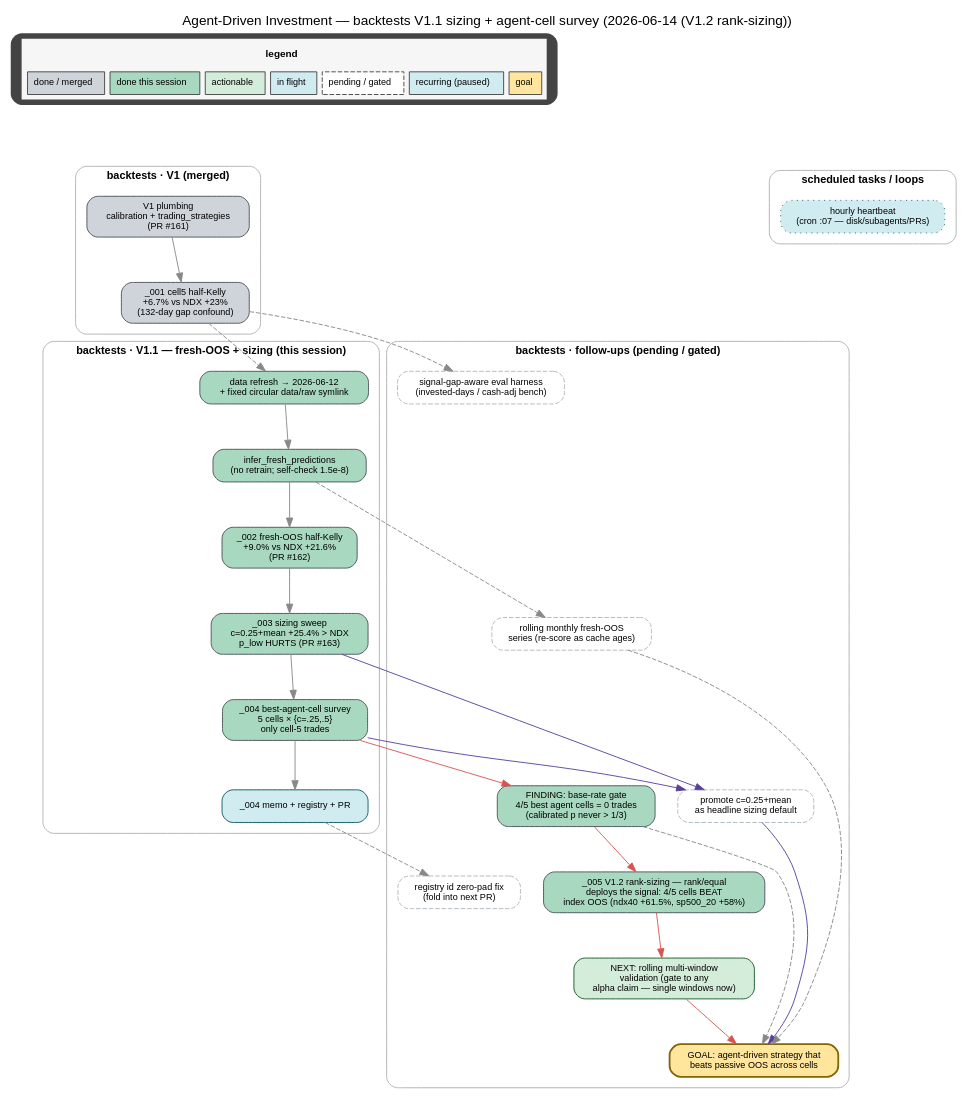
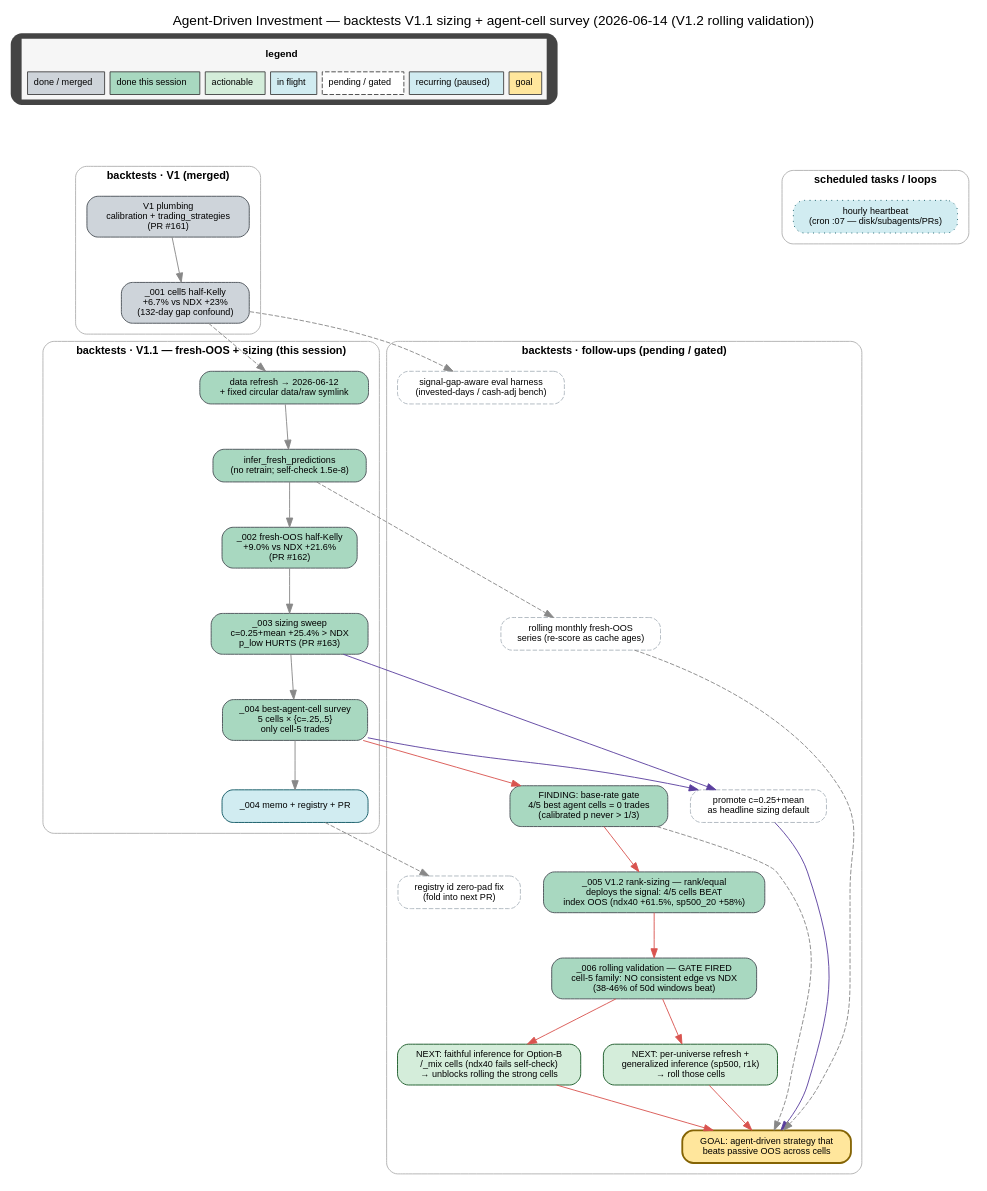
The diagram in docs/backtests/figs/deps_graph.dot (shayanrc/agent-driven-investment), drawn with Graphviz before and after one commit. The commit also changed 13 other files, not shown here.

First line of the commit message:
backtests: rolling multi-window validation — the gate fires (_006)

```diff
--- a/docs/backtests/figs/deps_graph.dot
+++ b/docs/backtests/figs/deps_graph.dot
@@ -1,91 +1,96 @@
 digraph deps {
   rankdir=TB;
   newrank=true;
   graph [fontname="Helvetica", bgcolor="white", splines=true, nodesep=0.35, ranksep=0.7,
          labelloc="t", fontsize=15,
-         label="Agent-Driven Investment — backtests V1.1 sizing + agent-cell survey (2026-06-14 (V1.2 rank-sizing))"];
+         label="Agent-Driven Investment — backtests V1.1 sizing + agent-cell survey (2026-06-14 (V1.2 rolling validation))"];
   node [shape=box, style="rounded,filled", fontname="Helvetica", fontsize=10, margin="0.16,0.09", color="#444444"];
   edge [fontname="Helvetica", fontsize=8, color="#888888"];
 
   /* ---------- legend ---------- */
   legend [shape=plaintext, label=<
     <TABLE BORDER="0" CELLBORDER="1" CELLSPACING="6" CELLPADDING="6" BGCOLOR="#f6f6f6">
       <TR><TD COLSPAN="7" BORDER="0"><FONT FACE="Helvetica" POINT-SIZE="11"><B>legend</B></FONT></TD></TR>
       <TR>
         <TD BGCOLOR="#ced4da"><FONT FACE="Helvetica" POINT-SIZE="10">done / merged</FONT></TD>
         <TD BGCOLOR="#a8d8c0"><FONT FACE="Helvetica" POINT-SIZE="10">done this session</FONT></TD>
         <TD BGCOLOR="#d4edda"><FONT FACE="Helvetica" POINT-SIZE="10">actionable</FONT></TD>
         <TD BGCOLOR="#d1ecf1"><FONT FACE="Helvetica" POINT-SIZE="10">in flight</FONT></TD>
         <TD BGCOLOR="#ffffff" STYLE="dashed"><FONT FACE="Helvetica" POINT-SIZE="10">pending / gated</FONT></TD>
         <TD BGCOLOR="#d1ecf1"><FONT FACE="Helvetica" POINT-SIZE="10">recurring (paused)</FONT></TD>
         <TD BGCOLOR="#ffe69c"><FONT FACE="Helvetica" POINT-SIZE="10">goal</FONT></TD>
       </TR>
     </TABLE>
   >];
   spacer_L [shape=point, width=0.01, style=invis];
   spacer_C [shape=point, width=0.01, style=invis];
   spacer_R [shape=point, width=0.01, style=invis];
   {rank=min;  legend;}
   {rank=same; spacer_L; spacer_C; spacer_R;}
   legend -> spacer_L [style=invis, weight=1];
   legend -> spacer_C [style=invis, weight=100];
   legend -> spacer_R [style=invis, weight=1];
 
   /* ---------- cluster: V1 (merged) ---------- */
   subgraph cluster_v1 { label="backtests · V1 (merged)"; labelloc="t"; fontsize=12; fontname="Helvetica-Bold"; style="rounded"; color="#b0b0b0"; margin=12;
     PLUMBING [label="V1 plumbing\ncalibration + trading_strategies\n(PR #161)", fillcolor="#ced4da", color="#495057"];
     M001 [label="_001 cell5 half-Kelly\n+6.7% vs NDX +23%\n(132-day gap confound)", fillcolor="#ced4da", color="#495057"];
   }
 
   /* ---------- cluster: V1.1 this session ---------- */
   subgraph cluster_session { label="backtests · V1.1 — fresh-OOS + sizing (this session)"; labelloc="t"; fontsize=12; fontname="Helvetica-Bold"; style="rounded"; color="#b0b0b0"; margin=12;
     REFRESH [label="data refresh → 2026-06-12\n+ fixed circular data/raw symlink", fillcolor="#a8d8c0", color="#495057"];
     INFER [label="infer_fresh_predictions\n(no retrain; self-check 1.5e-8)", fillcolor="#a8d8c0", color="#495057"];
     M002 [label="_002 fresh-OOS half-Kelly\n+9.0% vs NDX +21.6%\n(PR #162)", fillcolor="#a8d8c0", color="#495057"];
     M003 [label="_003 sizing sweep\nc=0.25+mean +25.4% > NDX\np_low HURTS (PR #163)", fillcolor="#a8d8c0", color="#495057"];
     M004 [label="_004 best-agent-cell survey\n5 cells × {c=.25,.5}\nonly cell-5 trades", fillcolor="#a8d8c0", color="#495057"];
     M004DOC [label="_004 memo + registry + PR", fillcolor="#d1ecf1", color="#0c5460"];
   }
 
   /* ---------- cluster: follow-ups (pending) ---------- */
   subgraph cluster_follow { label="backtests · follow-ups (pending / gated)"; labelloc="t"; fontsize=12; fontname="Helvetica-Bold"; style="rounded"; color="#b0b0b0"; margin=12;
     PROMOTE [label="promote c=0.25+mean\nas headline sizing default", fillcolor="#ffffff", color="#adb5bd", style="rounded,filled,dashed"];
     BREAKEVEN [label="FINDING: base-rate gate\n4/5 best agent cells = 0 trades\n(calibrated p never > 1/3)", fillcolor="#a8d8c0", color="#495057"];
     RANKSIZE [label="_005 V1.2 rank-sizing — rank/equal\ndeploys the signal: 4/5 cells BEAT\nindex OOS (ndx40 +61.5%, sp500_20 +58%)", fillcolor="#a8d8c0", color="#495057"];
-    ROLLVAL [label="NEXT: rolling multi-window\nvalidation (gate to any\nalpha claim — single windows now)", fillcolor="#d4edda", color="#155724"];
+    ROLLVAL [label="_006 rolling validation — GATE FIRED\ncell-5 family: NO consistent edge vs NDX\n(38-46% of 50d windows beat)", fillcolor="#a8d8c0", color="#495057"];
+    FAITHFUL [label="NEXT: faithful inference for Option-B\n/_mix cells (ndx40 fails self-check)\n→ unblocks rolling the strong cells", fillcolor="#d4edda", color="#155724"];
+    UNIREFRESH [label="NEXT: per-universe refresh +\ngeneralized inference (sp500, r1k)\n→ roll those cells", fillcolor="#d4edda", color="#155724"];
     ROLLING [label="rolling monthly fresh-OOS\nseries (re-score as cache ages)", fillcolor="#ffffff", color="#adb5bd", style="rounded,filled,dashed"];
     GAPEVAL [label="signal-gap-aware eval harness\n(invested-days / cash-adj bench)", fillcolor="#ffffff", color="#adb5bd", style="rounded,filled,dashed"];
     IDFIX [label="registry id zero-pad fix\n(fold into next PR)", fillcolor="#ffffff", color="#adb5bd", style="rounded,filled,dashed"];
     GOAL [label="GOAL: agent-driven strategy that\nbeats passive OOS across cells", fillcolor="#ffe69c", color="#856404", penwidth=2];
   }
 
   /* ---------- cluster: scheduled ---------- */
   subgraph cluster_sched { label="scheduled tasks / loops"; labelloc="t"; fontsize=12; fontname="Helvetica-Bold"; style="rounded"; color="#b0b0b0"; margin=12;
     WAKE [label="hourly heartbeat\n(cron :07 — disk/subagents/PRs)", fillcolor="#d1ecf1", color="#0c5460", style="rounded,filled,dotted"];
   }
 
   /* anchors: every cluster top node pulled from a spacer */
   spacer_L -> PLUMBING [style=invis, weight=100];
   spacer_C -> REFRESH  [style=invis, weight=100];
   spacer_R -> PROMOTE  [style=invis, weight=100];
   spacer_R -> WAKE     [style=invis, weight=20];
 
   /* ---------- dependency edges ---------- */
   PLUMBING -> M001;
   M001 -> REFRESH [style=dashed];
   REFRESH -> INFER -> M002 -> M003;
   M003 -> M004;
   M004 -> M004DOC;
   M003 -> PROMOTE [color="#5a3e9e"];
   M004 -> PROMOTE [color="#5a3e9e"];
   M004 -> BREAKEVEN [color="#d9534f"];
   BREAKEVEN -> RANKSIZE [color="#d9534f"];
   RANKSIZE -> ROLLVAL [color="#d9534f"];
-  ROLLVAL -> GOAL [color="#d9534f"];
+  ROLLVAL -> FAITHFUL [color="#d9534f"];
+  ROLLVAL -> UNIREFRESH [color="#d9534f"];
+  FAITHFUL -> GOAL [color="#d9534f"];
+  UNIREFRESH -> GOAL [color="#d9534f"];
   INFER -> ROLLING [style=dashed];
   M001 -> GAPEVAL [style=dashed];
   M004DOC -> IDFIX [style=dashed];
   PROMOTE -> GOAL [color="#5a3e9e"];
   ROLLING -> GOAL [style=dashed];
   BREAKEVEN -> GOAL [style=dashed];
 }
```
